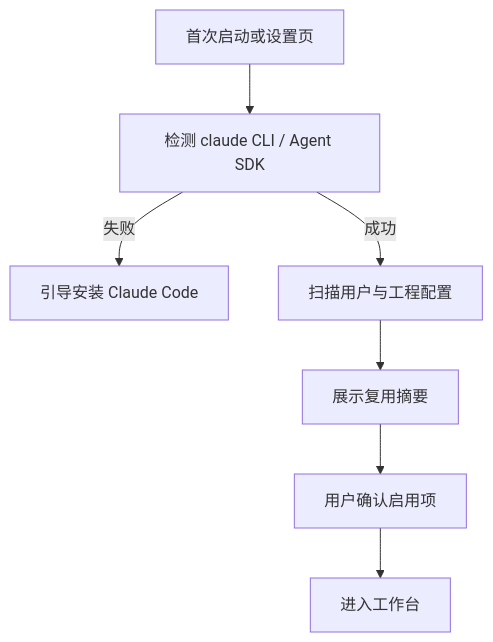
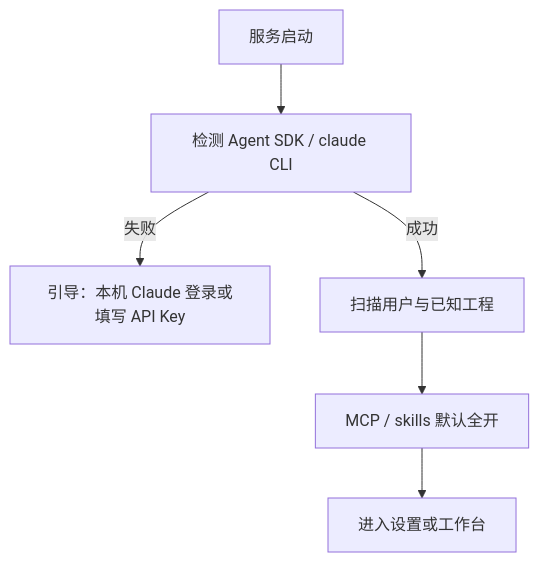
Before and after one commit to fengshihao/DesignWeave: the diagram in doc/01-Claude配置复用与工程绑定.md, drawn with Mermaid. The commit also changed other lines of this file and 10 other files, not shown here.

````diff
--- a/doc/01-Claude配置复用与工程绑定.md
+++ b/doc/01-Claude配置复用与工程绑定.md
@@ -13,9 +16,8 @@
 ```mermaid
 flowchart TD
-  Start[首次启动或设置页] --> Detect[检测 claude CLI / Agent SDK]
-  Detect -->|失败| Guide[引导安装 Claude Code]
-  Detect -->|成功| Scan[扫描用户与工程配置]
-  Scan --> Summary[展示复用摘要]
-  Summary --> Confirm[用户确认启用项]
-  Confirm --> Ready[进入工作台]
+  Start[服务启动] --> Detect[检测 Agent SDK / claude CLI]
+  Detect -->|失败| Guide[引导：本机 Claude 登录或填写 API Key]
+  Detect -->|成功| Scan[扫描用户与已知工程]
+  Scan --> Enable[MCP / skills 默认全开]
+  Enable --> Ready[进入设置或工作台]
 ```
````
